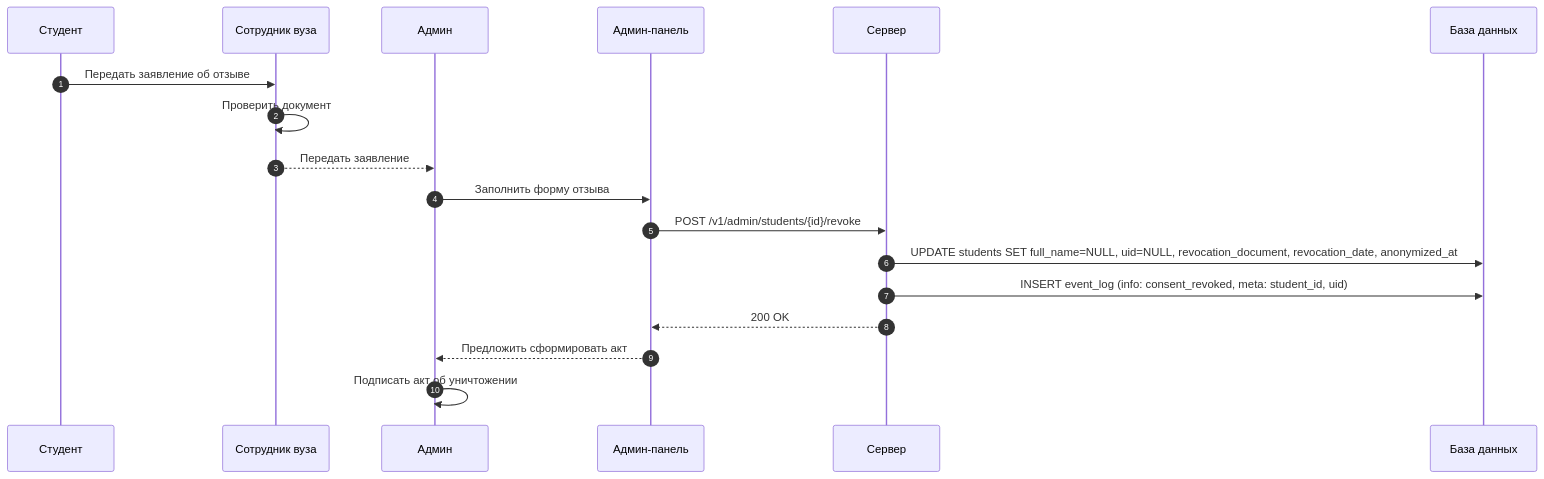
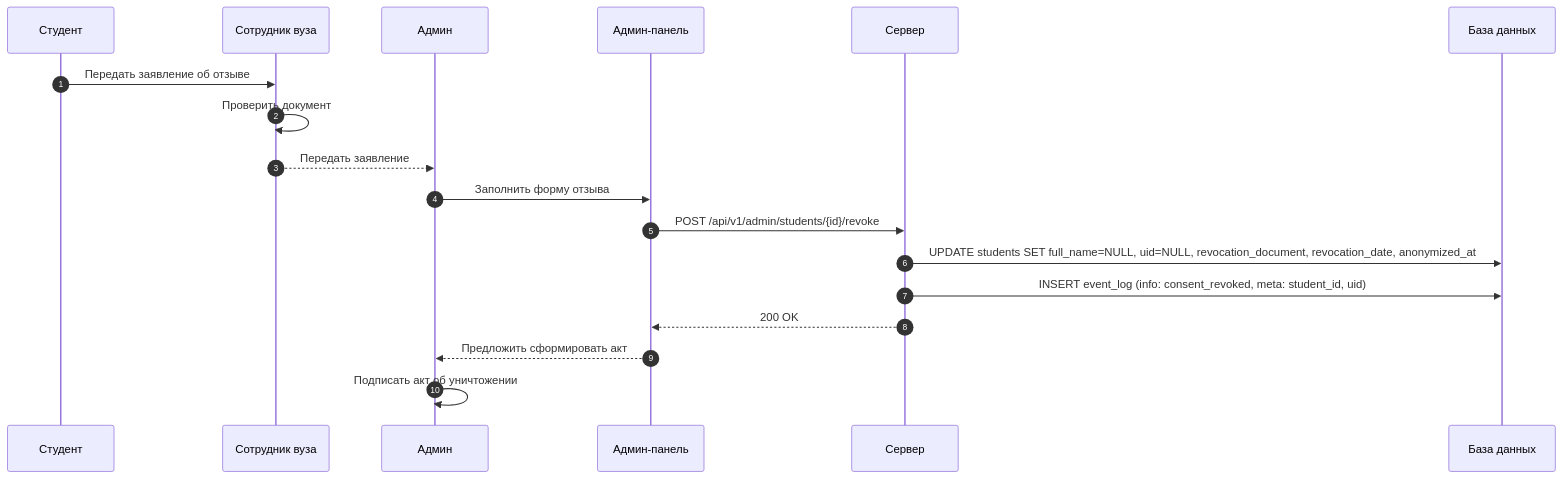
Before and after one commit to SP4CEVI/iasu-2.0: diagram 11 of 15 in docs/concept.md, drawn with Mermaid. The commit also changed other lines of this file, not shown here.

````diff
--- a/docs/concept.md
+++ b/docs/concept.md
@@ -1399,21 +1478,21 @@
 ```mermaid
 sequenceDiagram
     autonumber
     participant Student as Студент
     participant Staff as Сотрудник вуза
     participant Admin as Админ
     participant Web as Админ-панель
     participant API as Сервер
     participant DB as База данных
 
     Student->>Staff: Передать заявление об отзыве
     Staff->>Staff: Проверить документ
     Staff-->>Admin: Передать заявление
     Admin->>Web: Заполнить форму отзыва
-    Web->>API: POST /v1/admin/students/{id}/revoke
+    Web->>API: POST /api/v1/admin/students/{id}/revoke
     API->>DB: UPDATE students SET full_name=NULL, uid=NULL, revocation_document, revocation_date, anonymized_at
     API->>DB: INSERT event_log (info: consent_revoked, meta: student_id, uid)
     API-->>Web: 200 OK
     Web-->>Admin: Предложить сформировать акт
     Admin->>Admin: Подписать акт об уничтожении
 ```
````
